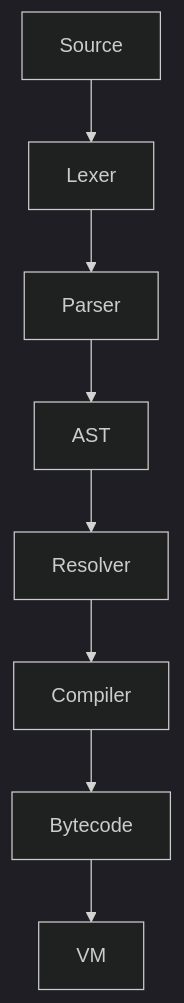
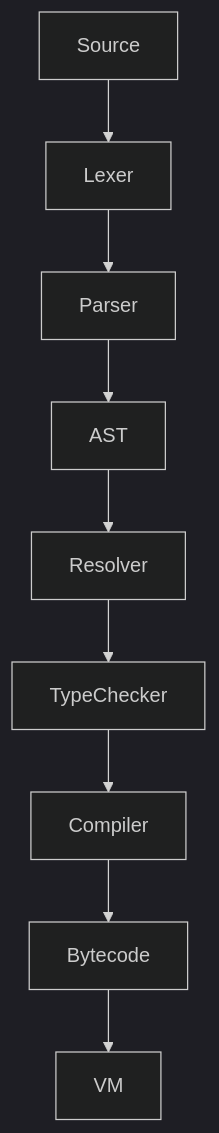
The diagram in README.md (Tofaa2/TofuScript), drawn with Mermaid (dark theme) before and after one commit. The commit also changed other lines of this file and 15 other files, not shown here.

````diff
--- a/README.md
+++ b/README.md
@@ -94,10 +95,11 @@
 ```mermaid
 flowchart TD
   A[Source] --> B[Lexer]
   B --> C[Parser]
   C --> D[AST]
   D --> E[Resolver]
-  E --> F[Compiler]
-  F --> G[Bytecode]
-  G --> H[VM]
+  E --> F[TypeChecker]
+  F --> G[Compiler]
+  G --> H[Bytecode]
+  H --> I[VM]
 ```
````
